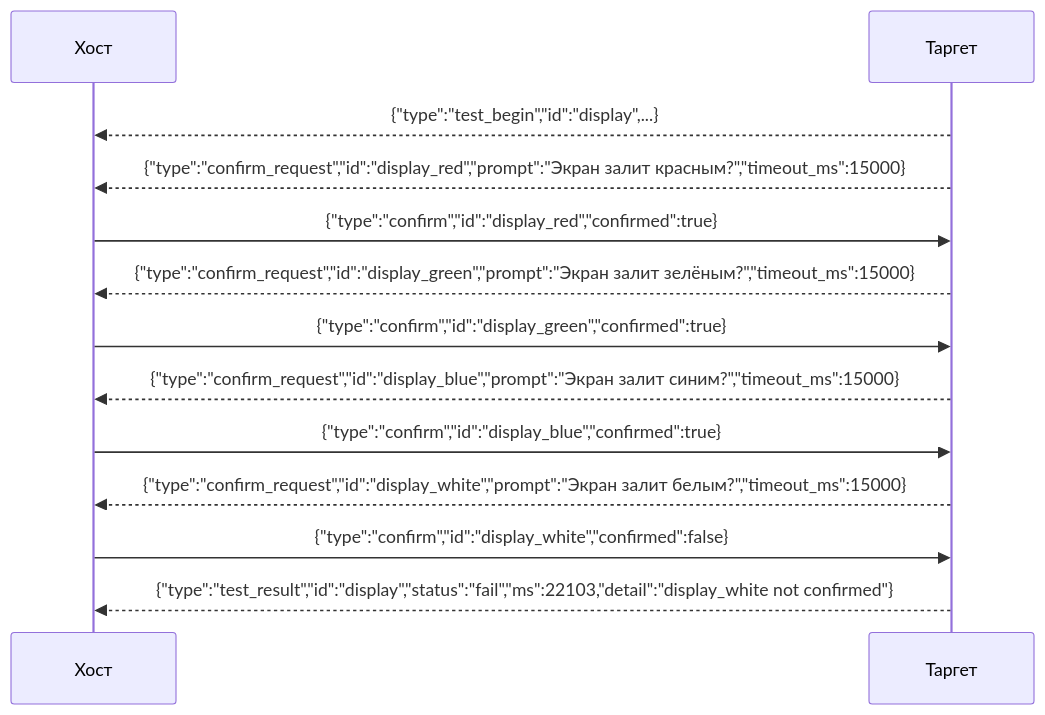
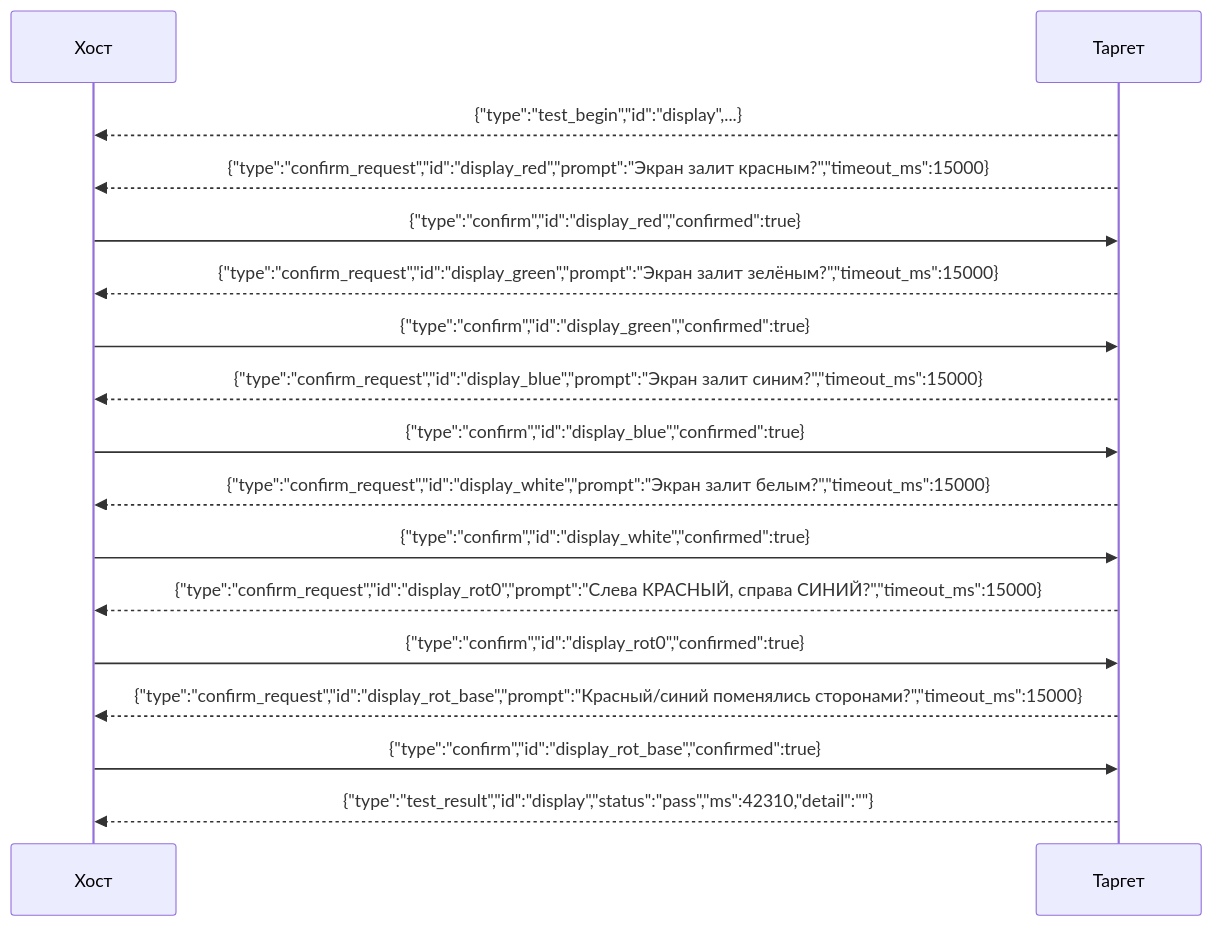
One commit to OSabuser/tft_manufacture_test changed the fourth of 7 diagrams in docs/testing/PROTOCOL.md. Above: the diagram before and after it, drawn with Mermaid. The commit also changed other lines of this file and 15 other files, not shown here.

````diff
--- a/docs/testing/PROTOCOL.md
+++ b/docs/testing/PROTOCOL.md
@@ -323,16 +359,20 @@
 ```mermaid
 sequenceDiagram
     participant H as Хост
     participant T as Таргет
 
     T-->>H: {"type":"test_begin","id":"display",...}
     T-->>H: {"type":"confirm_request","id":"display_red","prompt":"Экран залит красным?","timeout_ms":15000}
     H->>T: {"type":"confirm","id":"display_red","confirmed":true}
     T-->>H: {"type":"confirm_request","id":"display_green","prompt":"Экран залит зелёным?","timeout_ms":15000}
     H->>T: {"type":"confirm","id":"display_green","confirmed":true}
     T-->>H: {"type":"confirm_request","id":"display_blue","prompt":"Экран залит синим?","timeout_ms":15000}
     H->>T: {"type":"confirm","id":"display_blue","confirmed":true}
     T-->>H: {"type":"confirm_request","id":"display_white","prompt":"Экран залит белым?","timeout_ms":15000}
-    H->>T: {"type":"confirm","id":"display_white","confirmed":false}
-    T-->>H: {"type":"test_result","id":"display","status":"fail","ms":22103,"detail":"display_white not confirmed"}
+    H->>T: {"type":"confirm","id":"display_white","confirmed":true}
+    T-->>H: {"type":"confirm_request","id":"display_rot0","prompt":"Слева КРАСНЫЙ, справа СИНИЙ?","timeout_ms":15000}
+    H->>T: {"type":"confirm","id":"display_rot0","confirmed":true}
+    T-->>H: {"type":"confirm_request","id":"display_rot_base","prompt":"Красный/синий поменялись сторонами?","timeout_ms":15000}
+    H->>T: {"type":"confirm","id":"display_rot_base","confirmed":true}
+    T-->>H: {"type":"test_result","id":"display","status":"pass","ms":42310,"detail":""}
 ```
````
